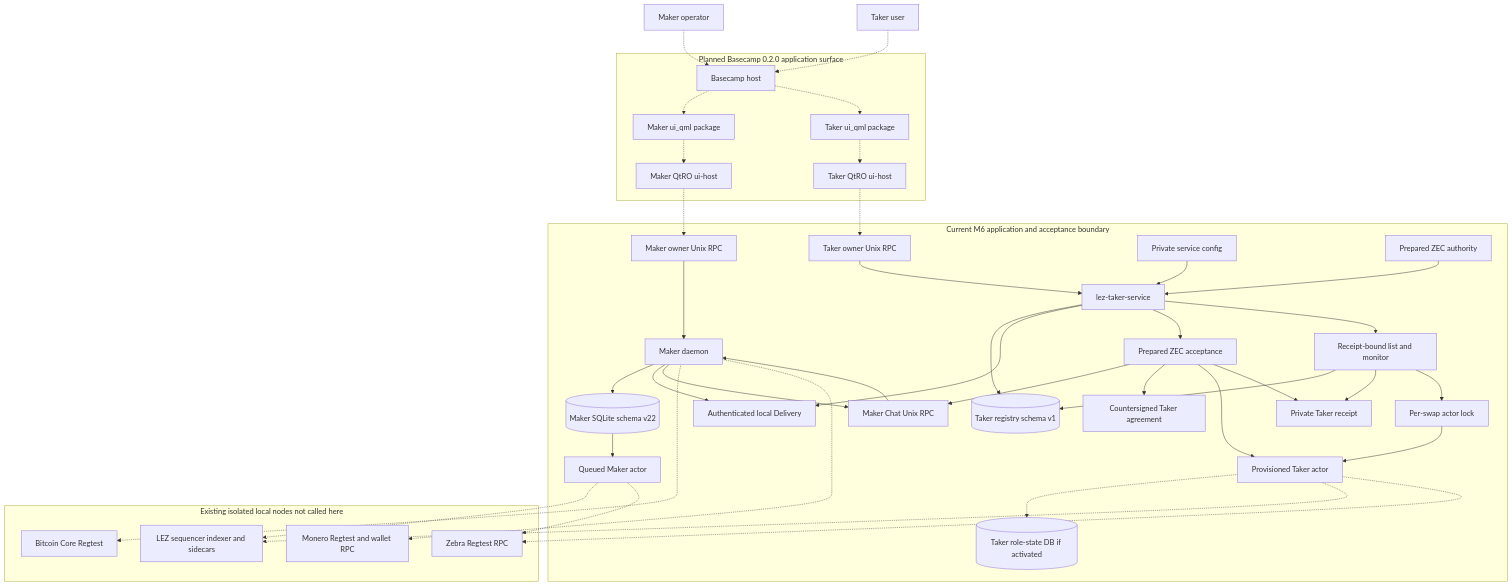
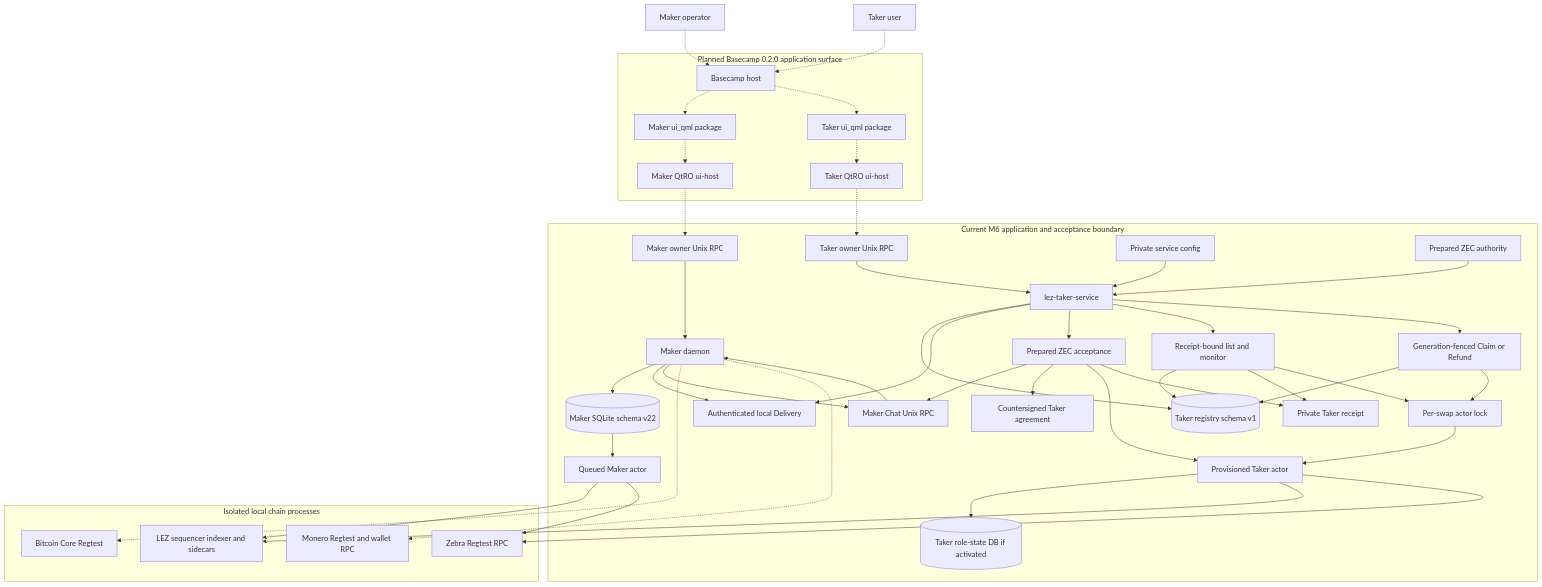
Before and after one commit to gateway-fm/lez-atomic-swaps: the second of 35 diagrams in docs/architecture/system-architecture.md, drawn with Mermaid. The commit also changed other lines of this file and 9 other files, not shown here.

Commit message:
docs(m6): certify local service claim slice

````diff
--- a/docs/architecture/system-architecture.md
+++ b/docs/architecture/system-architecture.md
@@ -107,11 +111,12 @@
         MakerActor["Queued Maker actor"]
         TakerActor["Provisioned Taker actor"]
         Monitor["Receipt-bound list and monitor"]
+        Terminal["Generation-fenced Claim or Refund"]
         ActorLock["Per-swap actor lock"]
         RoleState[("Taker role-state DB if activated")]
     end
 
-    subgraph LocalChains["Existing isolated local nodes not called here"]
+    subgraph LocalChains["Isolated local chain processes"]
         Lez["LEZ sequencer indexer and sidecars"]
         Bitcoin["Bitcoin Core Regtest"]
         Monero["Monero Regtest and wallet RPC"]
@@ -145,16 +150,19 @@
     Accept --> TakerActor
     Accept --> Receipt
     TakerService --> Monitor
+    TakerService --> Terminal
+    Terminal --> Registry
+    Terminal --> ActorLock
+    ActorLock --> TakerActor
     Monitor --> Registry
     Monitor --> Receipt
     Monitor --> ActorLock
-    ActorLock --> TakerActor
-    TakerActor -.-> RoleState
+    TakerActor --> RoleState
 
-    MakerActor -.-> Lez
-    MakerActor -.-> Zcash
-    TakerActor -.-> Lez
-    TakerActor -.-> Zcash
+    MakerActor --> Lez
+    MakerActor --> Zcash
+    TakerActor --> Lez
+    TakerActor --> Zcash
     MakerDaemon -.-> Bitcoin
     MakerDaemon -.-> Monero
 ```
````
